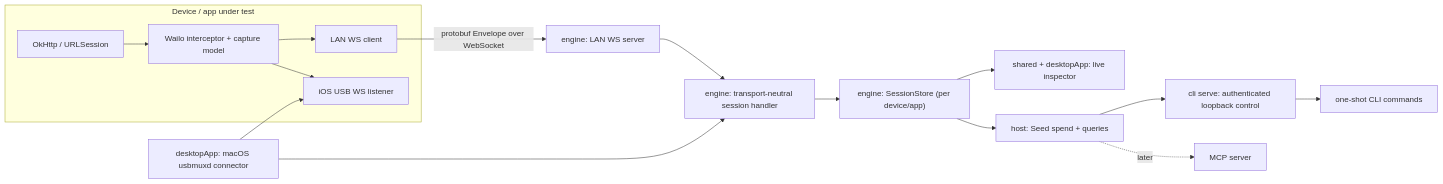
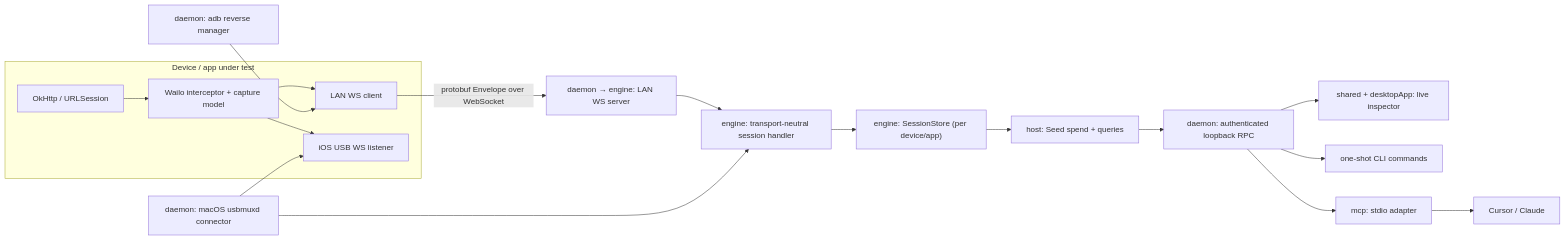
Before and after one commit to venbiasa/wailo: the diagram in ARCHITECTURE.md, drawn with Mermaid. The commit also changed other lines of this file and 123 other files, not shown here.

Commit message:
feat: add MCP server feat: share daemon between studio, cli and mcp chore: ADR to chunk

````diff
--- a/ARCHITECTURE.md
+++ b/ARCHITECTURE.md
@@ -21,18 +23,20 @@
 ```mermaid
 flowchart LR
   subgraph device [Device / app under test]
     ok[OkHttp / URLSession] --> intc["Wailo interceptor + capture model"]
     intc --> client["LAN WS client"]
     intc --> listener["iOS USB WS listener"]
   end
-  client -->|"protobuf Envelope over WebSocket"| server["engine: LAN WS server"]
-  usb["desktopApp: macOS usbmuxd connector"] --> listener
+  client -->|"protobuf Envelope over WebSocket"| server["daemon → engine: LAN WS server"]
+  usb["daemon: macOS usbmuxd connector"] --> listener
+  adb["daemon: adb reverse manager"] --> client
   server --> session["engine: transport-neutral session handler"]
   usb --> session
   session --> store["engine: SessionStore (per device/app)"]
-  store --> ui["shared + desktopApp: live inspector"]
   store --> host["host: Seed spend + queries"]
-  host --> control["cli serve: authenticated loopback control"]
-  control --> cli["one-shot CLI commands"]
-  host -. later .-> mcp["MCP server"]
+  host --> daemon["daemon: authenticated loopback RPC"]
+  daemon --> ui["shared + desktopApp: live inspector"]
+  daemon --> cli["one-shot CLI commands"]
+  daemon --> mcp["mcp: stdio adapter"]
+  mcp --> agents["Cursor / Claude"]
 ```
````
